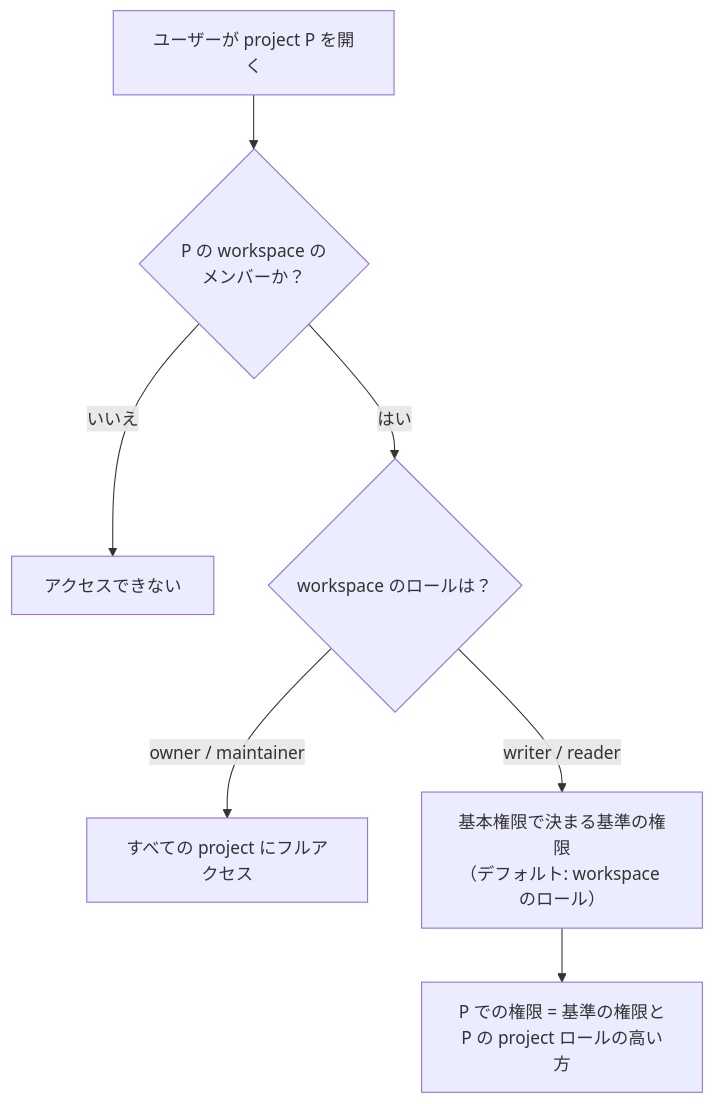
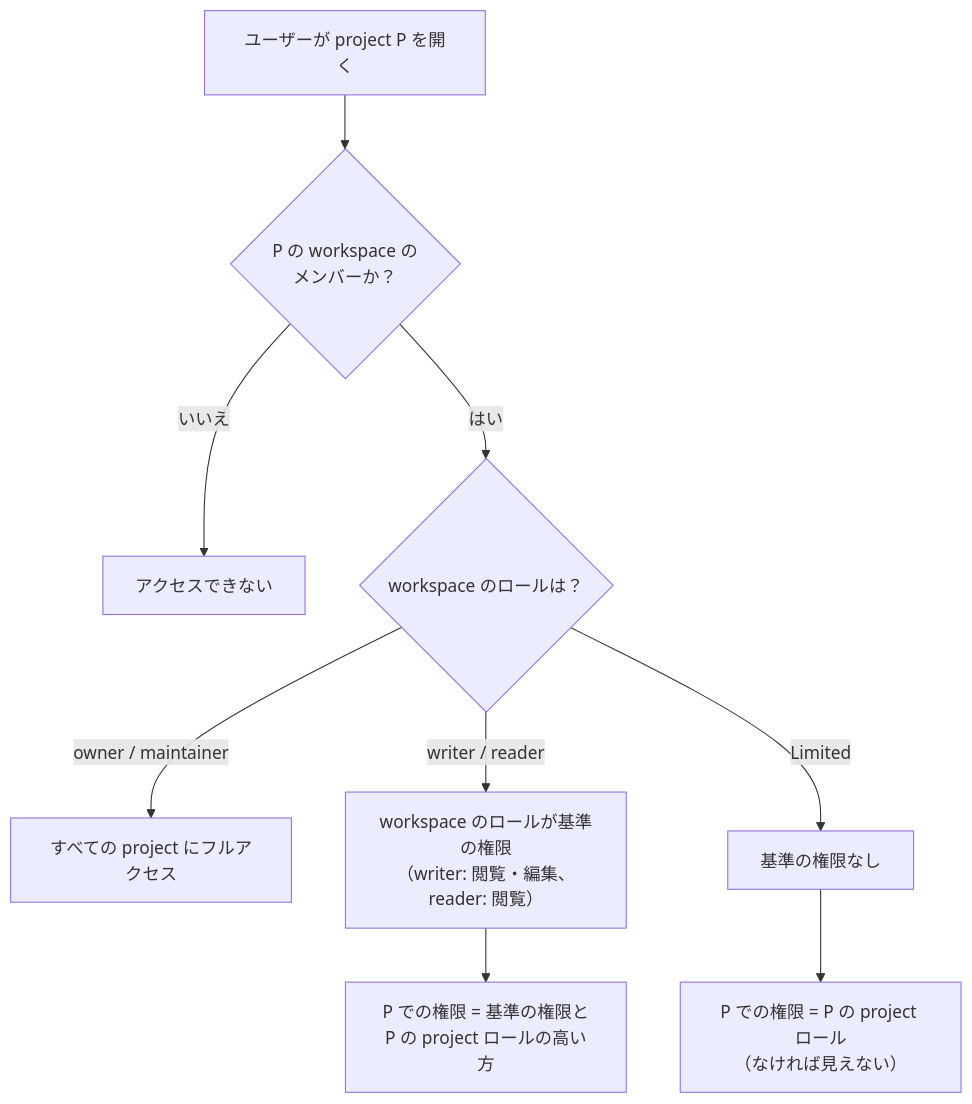
The fifth of 6 diagrams in server/docs/usecase/resource-role-binding.ja.md (reearth/reearth-accounts), drawn with Mermaid before and after one commit. The commit also changed other lines of this file and 1 other file, not shown here.

First line of the commit message:
docs(server): drop the workspace base permission and add a Limited workspace role

````diff
--- a/server/docs/usecase/resource-role-binding.ja.md
+++ b/server/docs/usecase/resource-role-binding.ja.md
@@ -1228,9 +1281,11 @@
 ```mermaid
 flowchart TD
     U["ユーザーが project P を開く"] --> M{"P の workspace の<br/>メンバーか？"}
     M -- "いいえ" --> X["アクセスできない"]
     M -- "はい" --> R{"workspace のロールは？"}
     R -- "owner / maintainer" --> F["すべての project にフルアクセス"]
-    R -- "writer / reader" --> B["基本権限で決まる基準の権限<br/>（デフォルト: workspace のロール）"]
+    R -- "writer / reader" --> B["workspace のロールが基準の権限<br/>（writer: 閲覧・編集、reader: 閲覧）"]
+    R -- "Limited" --> L["基準の権限なし"]
     B --> E["P での権限 = 基準の権限と<br/>P の project ロールの高い方"]
+    L --> E2["P での権限 = P の project ロール<br/>（なければ見えない）"]
 ```
````
